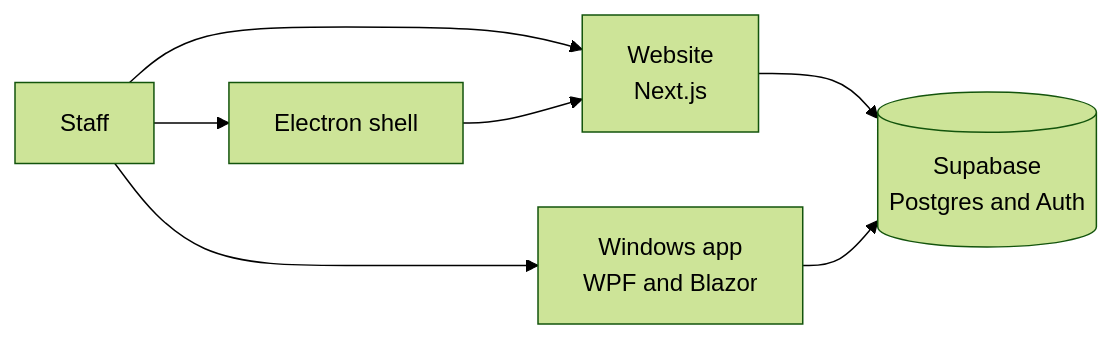
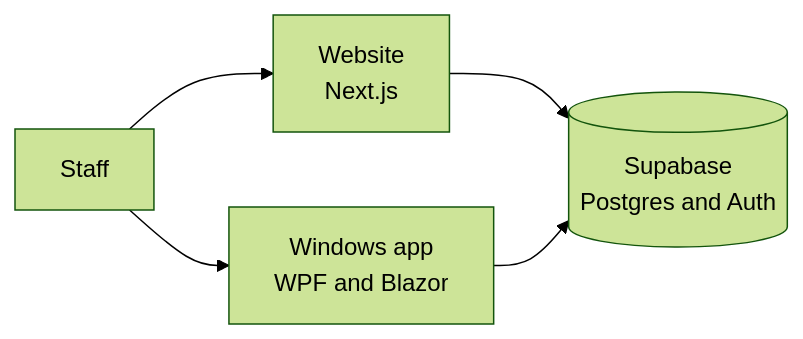
The first of 3 diagrams in README.md (Dacy-s-Organization/NSBM-Recreation-Center), drawn with Mermaid (forest theme) before and after one commit. The commit also changed other lines of this file and 72 other files, not shown here.

````diff
--- a/README.md
+++ b/README.md
@@ -7,15 +7,12 @@
 ```mermaid
 flowchart LR
   staff[Staff]
   web[Website<br/>Next.js]
   win[Windows app<br/>WPF and Blazor]
-  shell[Electron shell]
   supabase[(Supabase<br/>Postgres and Auth)]
 
   staff --> web
   staff --> win
-  staff --> shell
-  shell --> web
   web --> supabase
   win --> supabase
 ```
````
